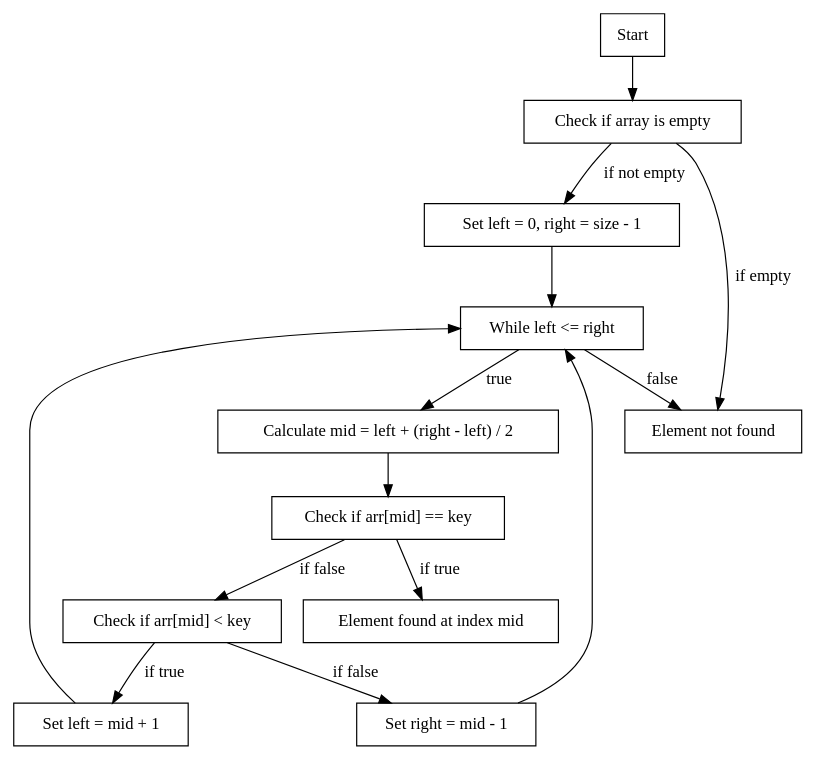
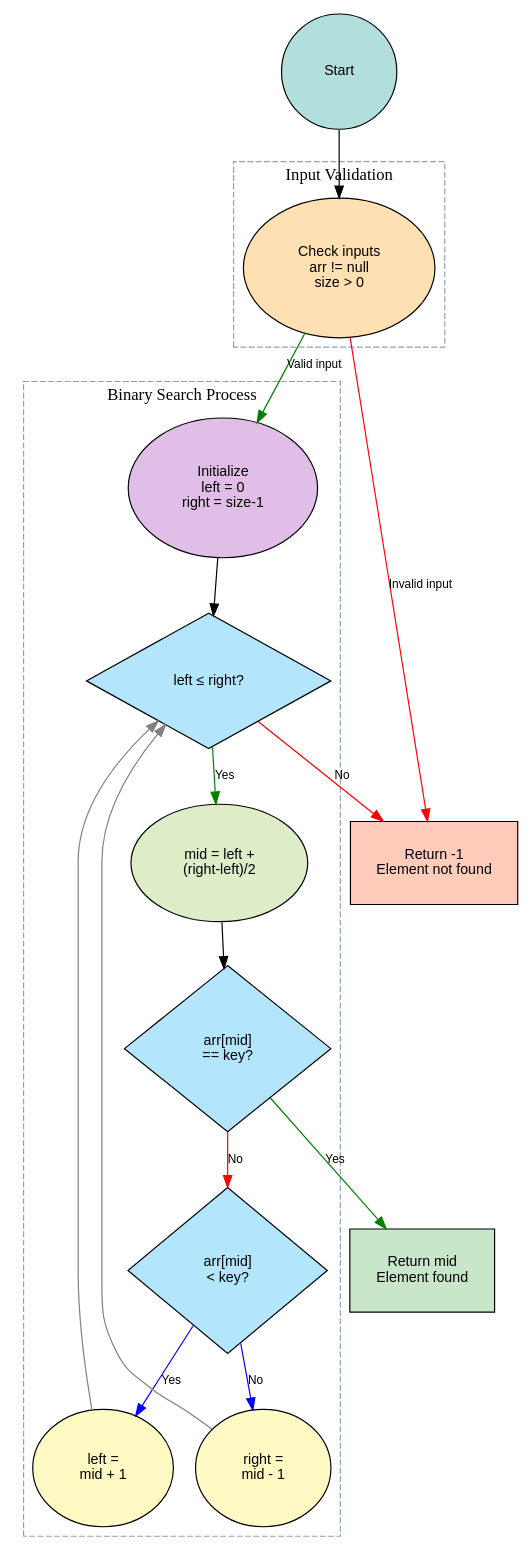
Before and after one commit to mbn-code/Algoritmeanalyse-og-optimering: the diagram in dotgraphs/binary-search.dot, drawn with Graphviz. The commit also changed 3 other files, not shown here.

Commit message:
Enhance algorithm visualizations with detailed node descriptions and improved styling for Merge Sort and Binary Search diagrams

```diff
--- a/dotgraphs/binary-search.dot
+++ b/dotgraphs/binary-search.dot
@@ -1,29 +1,51 @@
 digraph BinarySearch {
-    node [shape=box];
+    // Graph settings
+    rankdir=TB;
+    node [fontname="Arial", fontsize=12, margin=0.3];
+    edge [fontname="Arial", fontsize=10];
 
-    start [label="Start"];
-    check_empty [label="Check if array is empty"];
-    set_initial_bounds [label="Set left = 0, right = size - 1"];
-    while_loop [label="While left <= right"];
-    calculate_mid [label="Calculate mid = left + (right - left) / 2"];
-    check_mid [label="Check if arr[mid] == key"];
-    found [label="Element found at index mid"];
-    check_less [label="Check if arr[mid] < key"];
-    move_left [label="Set left = mid + 1"];
-    move_right [label="Set right = mid - 1"];
-    not_found [label="Element not found"];
+    // Node styles
+    node [shape=ellipse, style=filled, fillcolor="#E8F5E9"]  // Default style
 
+    // Start and end nodes
+    start [shape=circle, fillcolor="#B2DFDB", label="Start"];
+    not_found [shape=box, fillcolor="#FFCCBC", label="Return -1\nElement not found"];
+    found [shape=box, fillcolor="#C8E6C9", label="Return mid\nElement found"];
+
+    // Validation nodes
+    subgraph cluster_validation {
+        label="Input Validation";
+        style=dashed;
+        color="#90A4AE";
+        check_empty [fillcolor="#FFE0B2", label="Check inputs\narr != null\nsize > 0"];
+    }
+
+    // Main algorithm nodes
+    subgraph cluster_main {
+        label="Binary Search Process";
+        style=dashed;
+        color="#90A4AE";
+        set_initial_bounds [fillcolor="#E1BEE7", label="Initialize\nleft = 0\nright = size-1"];
+        while_loop [shape=diamond, fillcolor="#B3E5FC", label="left ≤ right?"];
+        calculate_mid [fillcolor="#DCEDC8", label="mid = left +\n(right-left)/2"];
+        check_mid [shape=diamond, fillcolor="#B3E5FC", label="arr[mid]\n== key?"];
+        check_less [shape=diamond, fillcolor="#B3E5FC", label="arr[mid]\n< key?"];
+        move_left [fillcolor="#FFF9C4", label="left =\nmid + 1"];
+        move_right [fillcolor="#FFF9C4", label="right =\nmid - 1"];
+    }
+
+    // Edge connections with better formatting
     start -> check_empty;
-    check_empty -> set_initial_bounds [label="if not empty"];
-    check_empty -> not_found [label="if empty"];
+    check_empty -> not_found [label="Invalid input", color="red"];
+    check_empty -> set_initial_bounds [label="Valid input", color="green"];
     set_initial_bounds -> while_loop;
-    while_loop -> calculate_mid [label="true"];
-    while_loop -> not_found [label="false"];
+    while_loop -> calculate_mid [label="Yes", color="green"];
+    while_loop -> not_found [label="No", color="red"];
     calculate_mid -> check_mid;
-    check_mid -> found [label="if true"];
-    check_mid -> check_less [label="if false"];
-    check_less -> move_left [label="if true"];
-    check_less -> move_right [label="if false"];
-    move_left -> while_loop;
-    move_right -> while_loop;
+    check_mid -> found [label="Yes", color="green"];
+    check_mid -> check_less [label="No", color="red"];
+    check_less -> move_left [label="Yes", color="blue"];
+    check_less -> move_right [label="No", color="blue"];
+    move_left -> while_loop [color="gray"];
+    move_right -> while_loop [color="gray"];
 }
```
